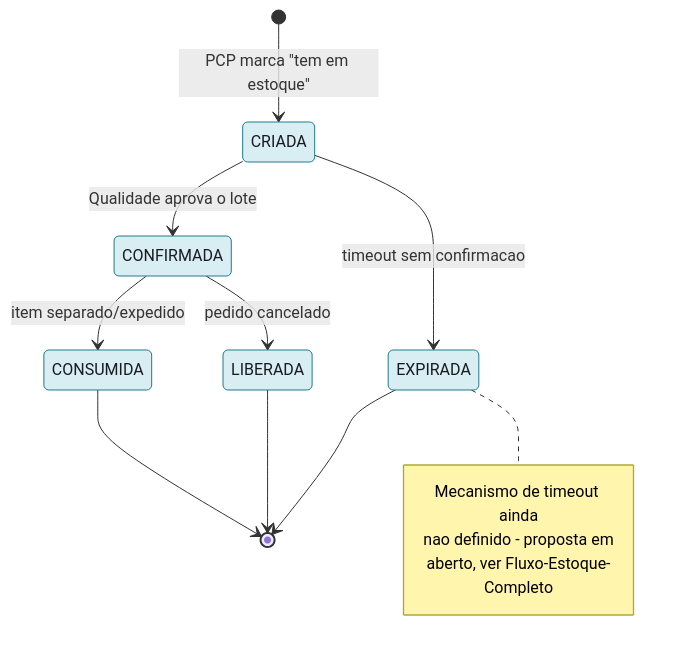
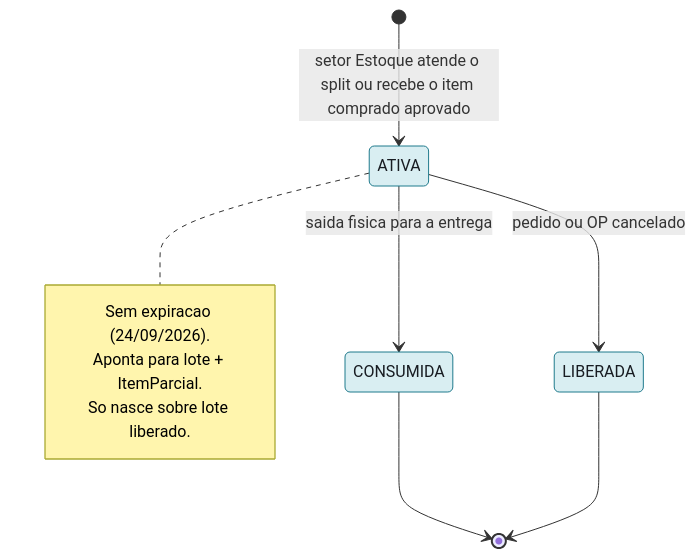
Before and after one commit to Acosvital/vault-avhub-mer: diagram 26 of 28 in 04-Arquitetura-Transversal/Diagramas-UML.md, drawn with Mermaid. The commit also changed other lines of this file and 36 other files, not shown here.

First line of the commit message:
Encaixe do Estoque e da Revenda no fluxo do PCP (MES)

````diff
--- a/04-Arquitetura-Transversal/Diagramas-UML.md
+++ b/04-Arquitetura-Transversal/Diagramas-UML.md
@@ -1509,20 +1577,17 @@
 ```mermaid
 stateDiagram-v2
-    [*] --> CRIADA : PCP marca "tem em estoque"
-    CRIADA --> CONFIRMADA : Qualidade aprova o lote
-    CRIADA --> EXPIRADA : timeout sem confirmacao
-    CONFIRMADA --> CONSUMIDA : item separado/expedido
-    CONFIRMADA --> LIBERADA : pedido cancelado
-    EXPIRADA --> [*]
+    [*] --> ATIVA : setor Estoque atende o split ou recebe o item comprado aprovado
+    ATIVA --> CONSUMIDA : saida fisica para a entrega
+    ATIVA --> LIBERADA : pedido ou OP cancelado
     CONSUMIDA --> [*]
     LIBERADA --> [*]
 
-    note right of EXPIRADA
-        Mecanismo de timeout ainda
-        nao definido - proposta em
-        aberto, ver Fluxo-Estoque-Completo
+    note right of ATIVA
+        Sem expiracao (24/09/2026).
+        Aponta para lote + ItemParcial.
+        So nasce sobre lote liberado.
     end note
 
     classDef estoqueStyle fill:#d9eef2,stroke:#1f7a8c,color:#181c22
-    class CRIADA,CONFIRMADA,EXPIRADA,CONSUMIDA,LIBERADA estoqueStyle
+    class ATIVA,CONSUMIDA,LIBERADA estoqueStyle
 ```
````
